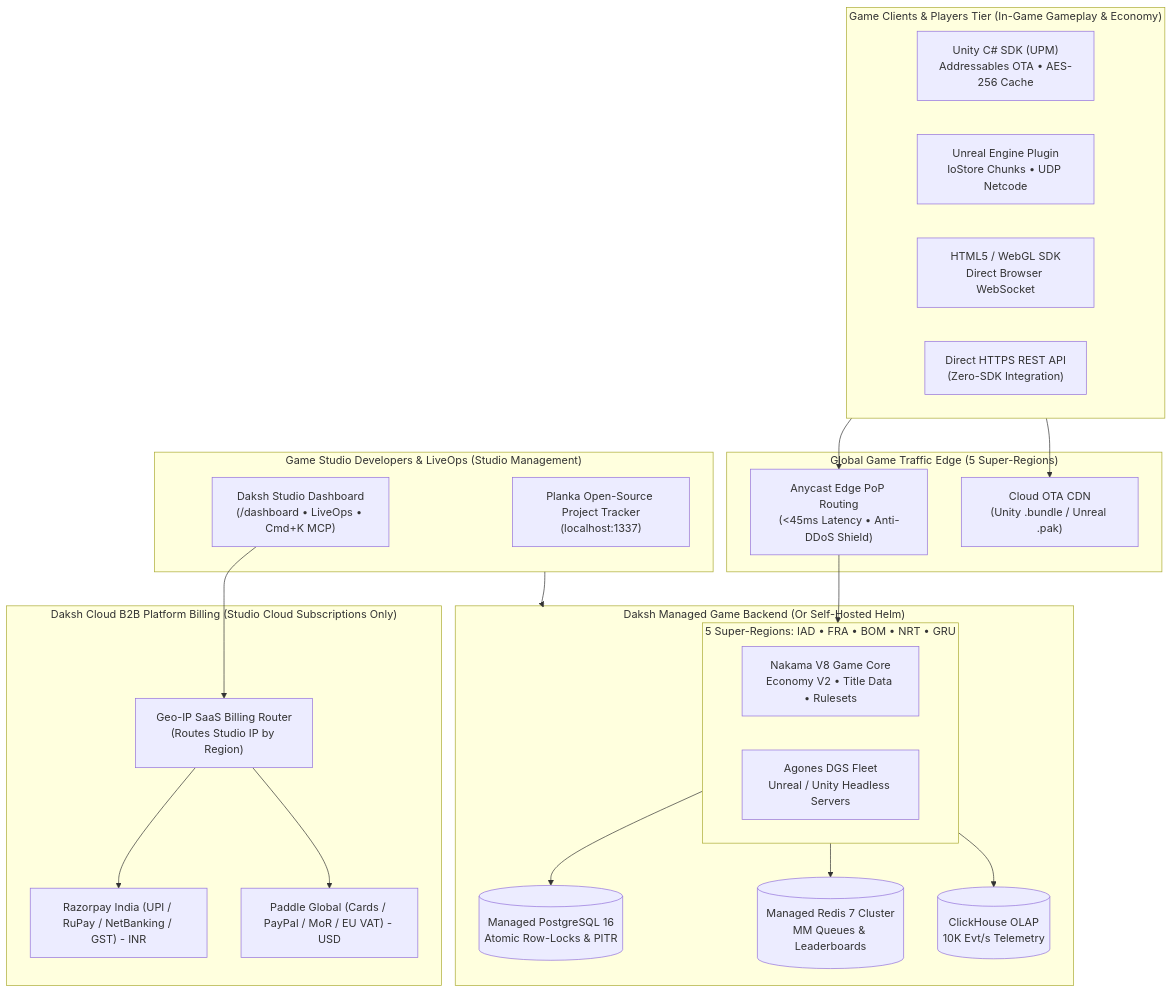
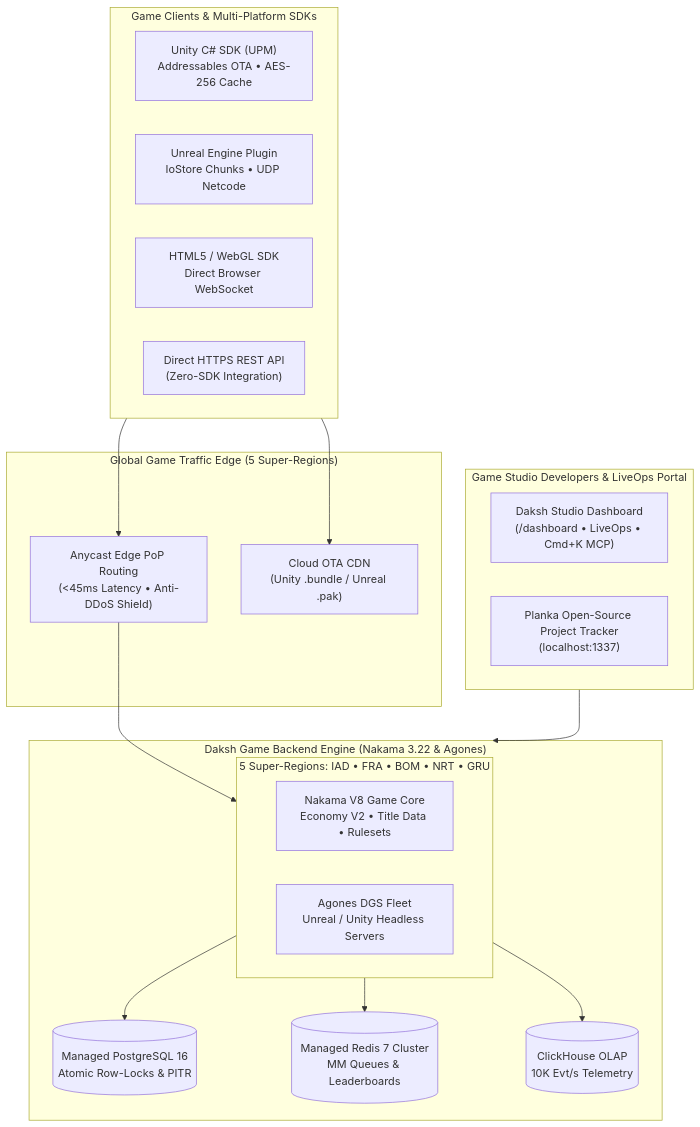
One commit to ingeniidigital-hue/daksh changed the diagram in README.md. Above: the diagram before and after it, drawn with Mermaid. The commit also changed other lines of this file, not shown here.

Commit message:
docs: remove proprietary cloud service billing from open source README and architecture

````diff
--- a/README.md
+++ b/README.md
@@ -35,51 +35,42 @@
 ```mermaid
 flowchart TD
     %% PLAYER & GAME CLIENT FLOW
-    subgraph CLIENTS["Game Clients & Players Tier (In-Game Gameplay & Economy)"]
+    subgraph CLIENTS["Game Clients & Multi-Platform SDKs"]
         U3D["Unity C# SDK (UPM)<br>Addressables OTA • AES-256 Cache"]
         UE5["Unreal Engine Plugin<br>IoStore Chunks • UDP Netcode"]
         HTML["HTML5 / WebGL SDK<br>Direct Browser WebSocket"]
         REST["Direct HTTPS REST API<br>(Zero-SDK Integration)"]
     end
 
     subgraph EDGE["Global Game Traffic Edge (5 Super-Regions)"]
         ANY["Anycast Edge PoP Routing<br>(&lt;45ms Latency • Anti-DDoS Shield)"]
         CDN["Cloud OTA CDN<br>(Unity .bundle / Unreal .pak)"]
     end
 
-    subgraph MANAGED_CLOUD["Daksh Managed Game Backend (Or Self-Hosted Helm)"]
+    subgraph CORE_ENGINE["Daksh Game Backend Engine (Nakama 3.22 & Agones)"]
         subgraph REGIONS["5 Super-Regions: IAD • FRA • BOM • NRT • GRU"]
             CORE["Nakama V8 Game Core<br>Economy V2 • Title Data • Rulesets"]
             AGONES["Agones DGS Fleet<br>Unreal / Unity Headless Servers"]
         end
         PG[("Managed PostgreSQL 16<br>Atomic Row-Locks & PITR")]
         RD[("Managed Redis 7 Cluster<br>MM Queues & Leaderboards")]
         CH[("ClickHouse OLAP<br>10K Evt/s Telemetry")]
     end
 
-    %% STUDIO DEVELOPER & CLOUD SERVICE BILLING FLOW
-    subgraph STUDIO["Game Studio Developers & LiveOps (Studio Management)"]
+    %% STUDIO & LIVEOPS MANAGEMENT
+    subgraph STUDIO["Game Studio Developers & LiveOps Portal"]
         DASH["Daksh Studio Dashboard<br>(/dashboard • LiveOps • Cmd+K MCP)"]
         PLANKA["Planka Open-Source Project Tracker<br>(localhost:1337)"]
-    end
-
-    subgraph CLOUD_BILLING["Daksh Cloud B2B Platform Billing (Studio Cloud Subscriptions Only)"]
-        GEO["Geo-IP SaaS Billing Router<br>(Routes Studio IP by Region)"]
-        RZP["Razorpay India (UPI / RuPay / NetBanking / GST) - INR"]
-        PDL["Paddle Global (Cards / PayPal / MoR / EU VAT) - USD"]
     end
 
     %% CONNECTIONS: PLAYERS
     CLIENTS --> ANY
     CLIENTS --> CDN
     ANY --> REGIONS
     REGIONS --> PG
     REGIONS --> RD
     REGIONS --> CH
 
-    %% CONNECTIONS: STUDIO & CLOUD BILLING
-    STUDIO --> MANAGED_CLOUD
-    DASH --> GEO
-    GEO --> RZP
-    GEO --> PDL
+    %% CONNECTIONS: STUDIO MANAGEMENT
+    STUDIO --> CORE_ENGINE
 ```
````
